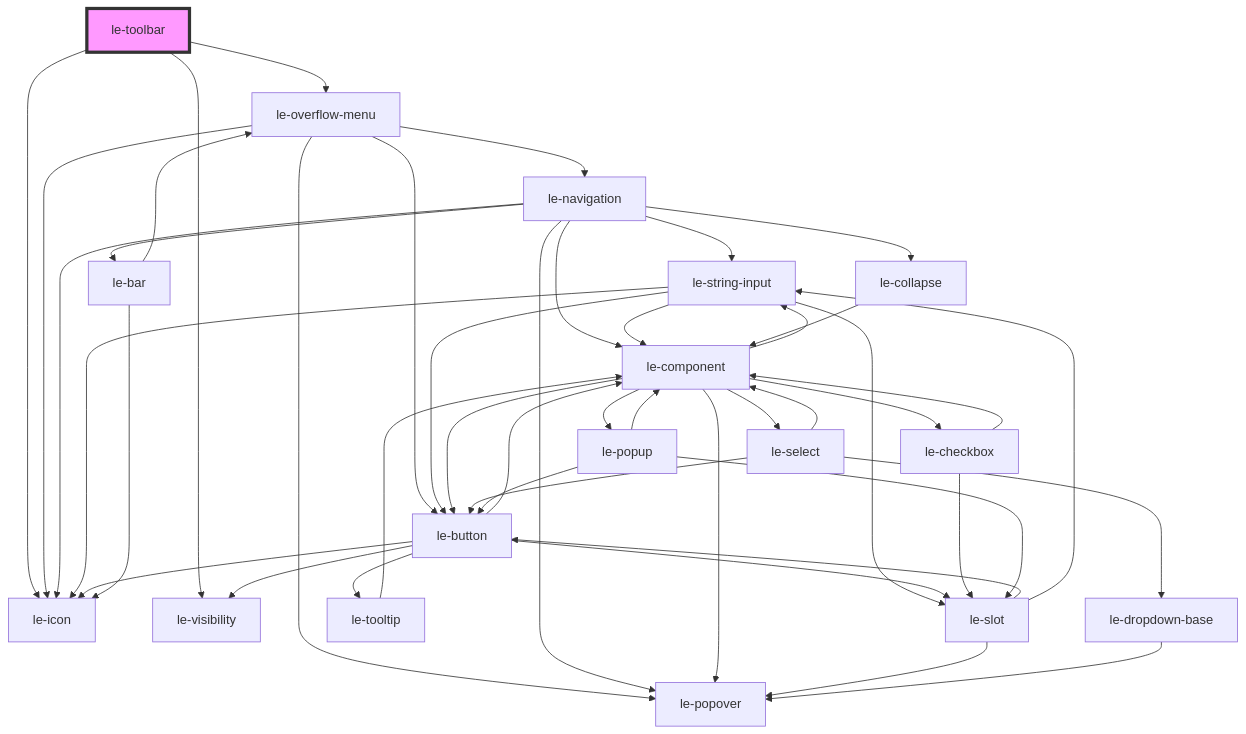
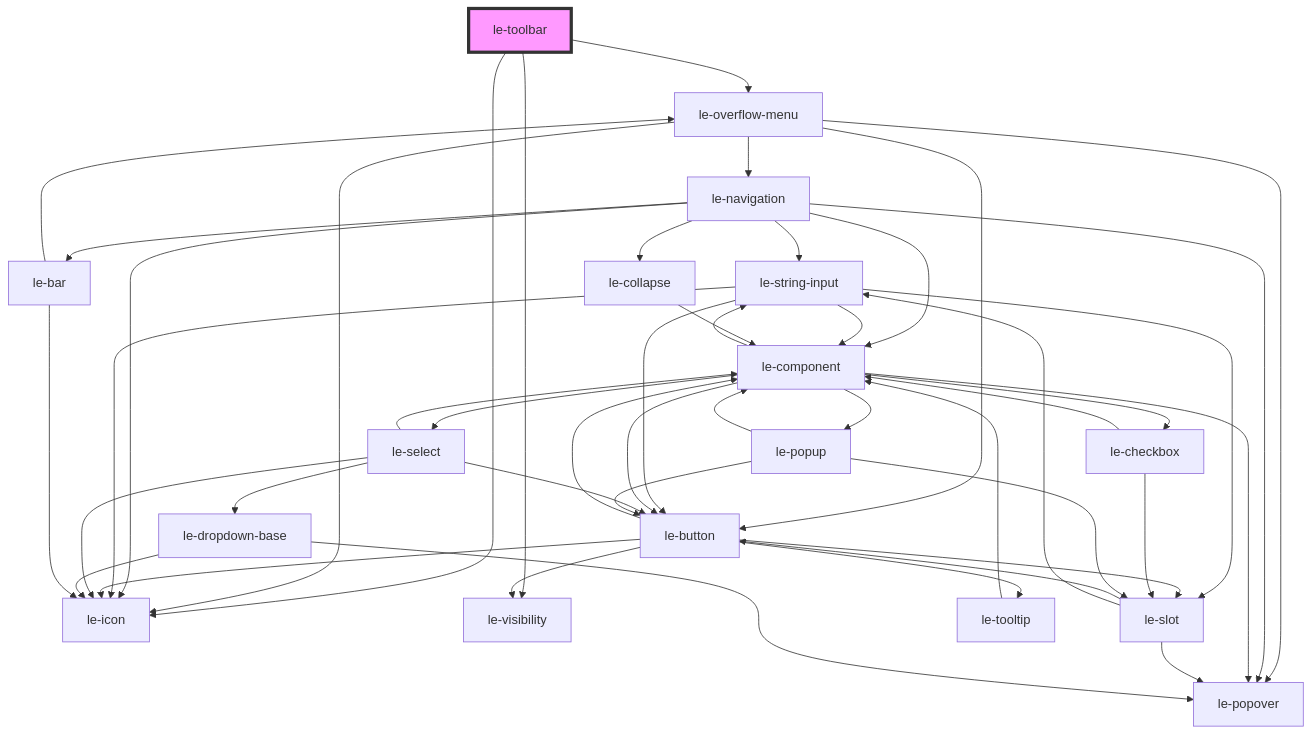
The diagram in packages/core/src/components/le-toolbar/readme.md (leechy/le-kit), drawn with Mermaid before and after one commit. The commit also changed 46 other files, not shown here.

````diff
--- a/packages/core/src/components/le-toolbar/readme.md
+++ b/packages/core/src/components/le-toolbar/readme.md
@@ -134,48 +134,50 @@
 ```mermaid
 graph TD;
   le-toolbar --> le-icon
   le-toolbar --> le-visibility
   le-toolbar --> le-overflow-menu
   le-overflow-menu --> le-navigation
   le-overflow-menu --> le-popover
   le-overflow-menu --> le-button
   le-overflow-menu --> le-icon
   le-navigation --> le-icon
   le-navigation --> le-string-input
   le-navigation --> le-collapse
   le-navigation --> le-popover
   le-navigation --> le-bar
   le-navigation --> le-component
   le-string-input --> le-component
   le-string-input --> le-button
   le-string-input --> le-icon
   le-string-input --> le-slot
   le-component --> le-button
   le-component --> le-select
   le-component --> le-checkbox
   le-component --> le-string-input
   le-component --> le-popover
   le-component --> le-popup
   le-button --> le-icon
   le-button --> le-visibility
   le-button --> le-slot
   le-button --> le-component
   le-button --> le-tooltip
   le-slot --> le-popover
   le-slot --> le-button
   le-slot --> le-string-input
   le-tooltip --> le-component
   le-select --> le-component
   le-select --> le-dropdown-base
   le-select --> le-button
+  le-select --> le-icon
+  le-dropdown-base --> le-icon
   le-dropdown-base --> le-popover
   le-checkbox --> le-component
   le-checkbox --> le-slot
   le-popup --> le-slot
   le-popup --> le-button
   le-popup --> le-component
   le-collapse --> le-component
   le-bar --> le-icon
   le-bar --> le-overflow-menu
   style le-toolbar fill:#f9f,stroke:#333,stroke-width:4px
 ```
````
